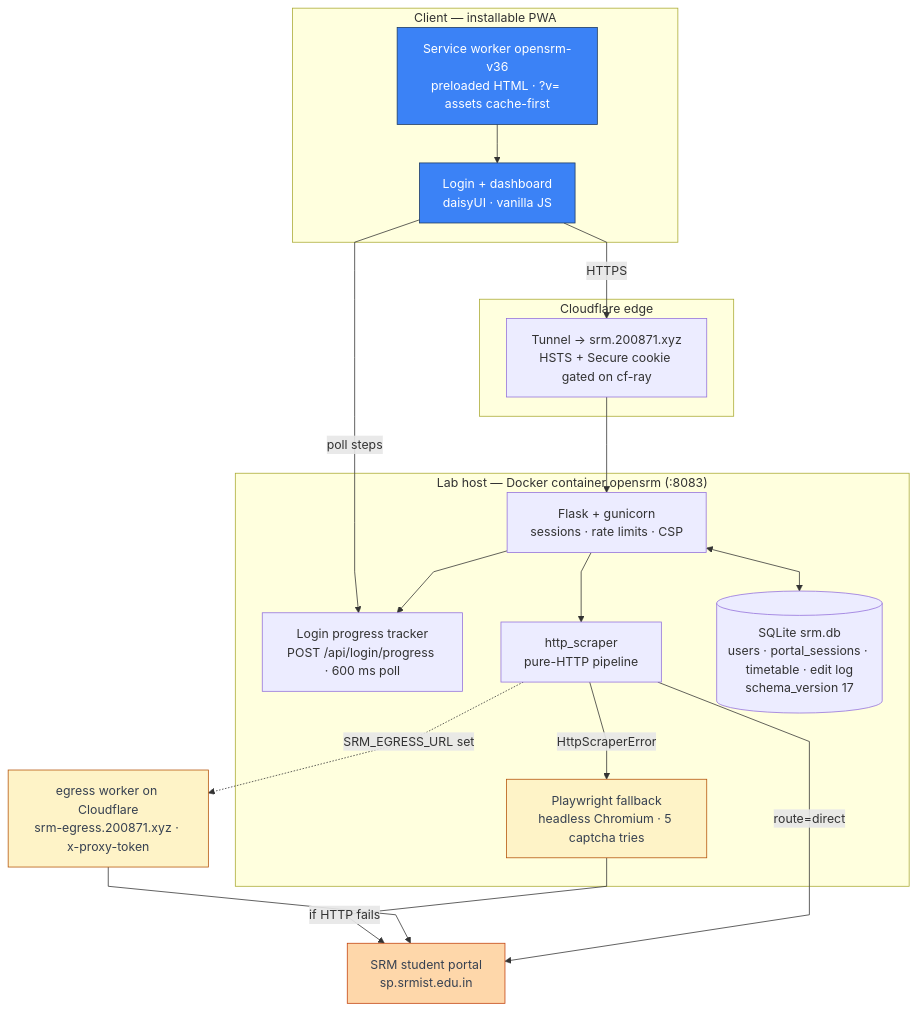
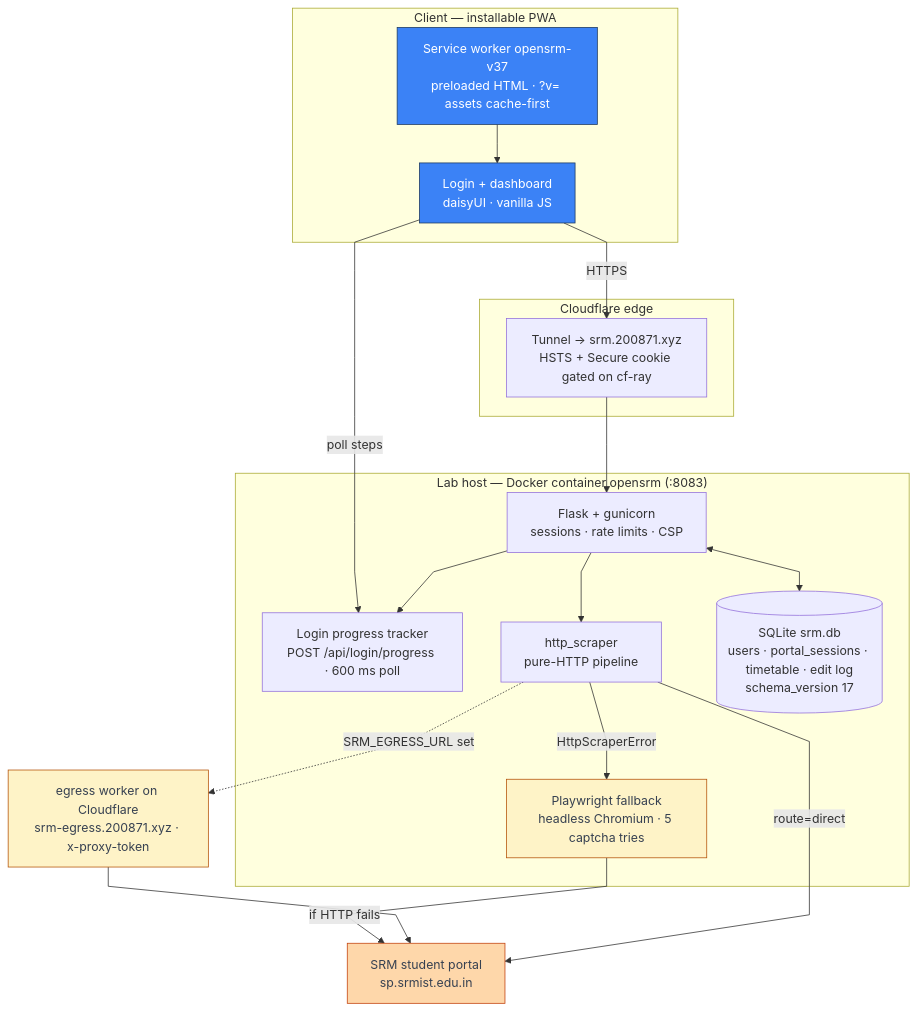
One commit to thenabbu/OpenSRM changed the first of 3 diagrams in README.md. Above: the diagram before and after it, drawn with Mermaid. The commit also changed 11 other files, not shown here.

````diff
--- a/README.md
+++ b/README.md
@@ -71,43 +71,43 @@
 ```mermaid
 %%{init: {"flowchart": {"curve": "linear"}}}%%
 flowchart TD
     subgraph client["Client — installable PWA"]
         UI["Login + dashboard<br/>daisyUI · vanilla JS"]
-        SW["Service worker opensrm-v36<br/>preloaded HTML · ?v= assets cache-first"]
+        SW["Service worker opensrm-v37<br/>preloaded HTML · ?v= assets cache-first"]
     end
 
     subgraph edge["Cloudflare edge"]
         TUN["Tunnel → srm.200871.xyz<br/>HSTS + Secure cookie gated on cf-ray"]
     end
 
     subgraph lab["Lab host — Docker container opensrm (:8083)"]
         FL["Flask + gunicorn<br/>sessions · rate limits · CSP"]
         PROG["Login progress tracker<br/>POST /api/login/progress · 600 ms poll"]
         HS["http_scraper<br/>pure-HTTP pipeline"]
         PW["Playwright fallback<br/>headless Chromium · 5 captcha tries"]
         DB[("SQLite srm.db<br/>users · portal_sessions · timetable · edit log<br/>schema_version 17")]
         FL --> PROG
         FL <--> DB
         FL --> HS
         HS -->|"HttpScraperError"| PW
     end
 
     EG["egress worker on Cloudflare<br/>srm-egress.200871.xyz · x-proxy-token"]
     P["SRM student portal<br/>sp.srmist.edu.in"]
 
     UI -->|"HTTPS"| TUN
     TUN --> FL
     SW --> UI
     UI -->|"poll steps"| PROG
     HS -->|"route=direct"| P
     HS -.->|"SRM_EGRESS_URL set"| EG
     EG --> P
     PW -->|"if HTTP fails"| P
 
     classDef client fill:#3b82f6,stroke:#1e3a5f,color:#ffffff
     classDef conditional fill:#fef3c7,stroke:#b45309,color:#374151
     classDef external fill:#fed7aa,stroke:#c2410c,color:#374151
     class UI,SW client
     class PW,EG conditional
     class P external
 ```
````
